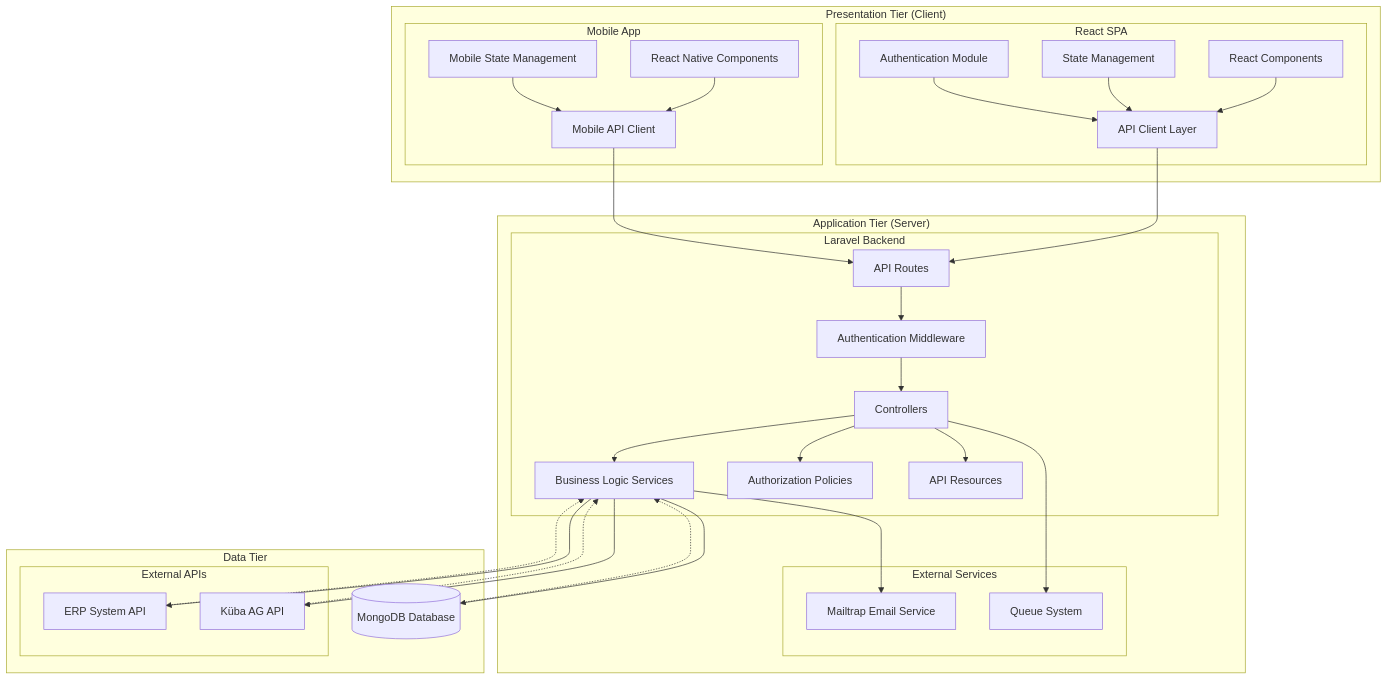
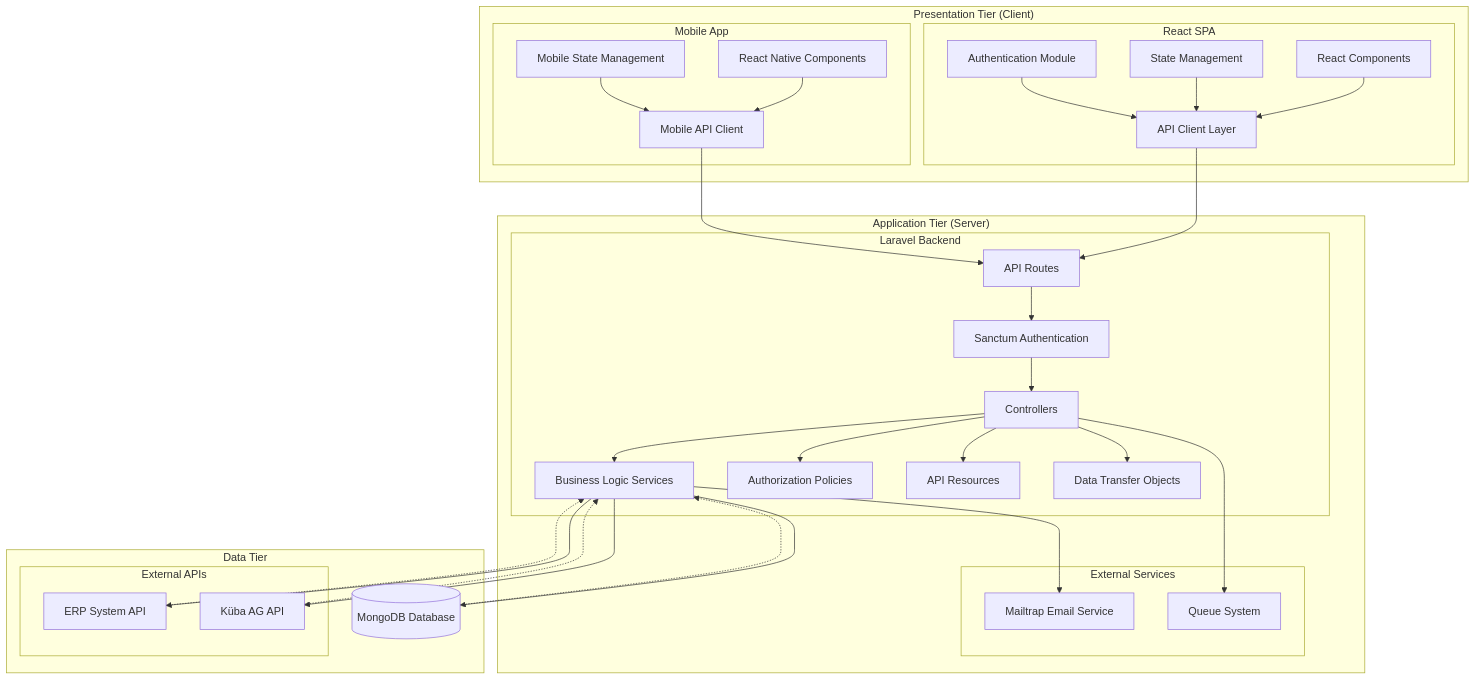
Before and after one commit to chrisoco/APDE_BE: the diagram in docs/management/4.1.md, drawn with Mermaid. The commit also changed other lines of this file and 7 other files, not shown here.

````diff
--- a/docs/management/4.1.md
+++ b/docs/management/4.1.md
@@ -78,65 +103,67 @@
 ```mermaid
 %%{init: {'theme': 'default'}}%%
 graph TB
     subgraph "Presentation Tier (Client)"
         subgraph "React SPA"
             UI[React Components]
             STATE[State Management]
             AUTH[Authentication Module]
             API_CLIENT[API Client Layer]
         end
         
         subgraph "Mobile App"
             MOBILE_UI[React Native Components]
             MOBILE_STATE[Mobile State Management]
             MOBILE_API[Mobile API Client]
         end
     end
     subgraph "Application Tier (Server)"
         subgraph "Laravel Backend"
             ROUTES[API Routes]
-            MIDDLEWARE[Authentication Middleware]
+            MIDDLEWARE[Sanctum Authentication]
             CONTROLLERS[Controllers]
             SERVICES[Business Logic Services]
             POLICIES[Authorization Policies]
             RESOURCES[API Resources]
+            DTOs[Data Transfer Objects]
         end
         
         subgraph "External Services"
             MAILTRAP[Mailtrap Email Service]
             QUEUE[Queue System]
         end
     end
     subgraph "Data Tier"
         MONGODB[(MongoDB Database)]
         
         subgraph "External APIs"
             ERP[ERP System API]
             KUEBA[Küba AG API]
         end
     end
     %% Client to Server Communication
     UI --> API_CLIENT
     STATE --> API_CLIENT
     AUTH --> API_CLIENT
     API_CLIENT --> ROUTES
     
     MOBILE_UI --> MOBILE_API
     MOBILE_STATE --> MOBILE_API
     MOBILE_API --> ROUTES
     %% Server Internal Flow
     ROUTES --> MIDDLEWARE
     MIDDLEWARE --> CONTROLLERS
     CONTROLLERS --> SERVICES
     CONTROLLERS --> POLICIES
     CONTROLLERS --> RESOURCES
+    CONTROLLERS --> DTOs
     SERVICES --> MONGODB
     SERVICES --> ERP
     SERVICES --> KUEBA
     SERVICES --> MAILTRAP
     CONTROLLERS --> QUEUE
     %% Data Flow
     MONGODB -.-> SERVICES
     ERP -.-> SERVICES
     KUEBA -.-> SERVICES
 ```
````
